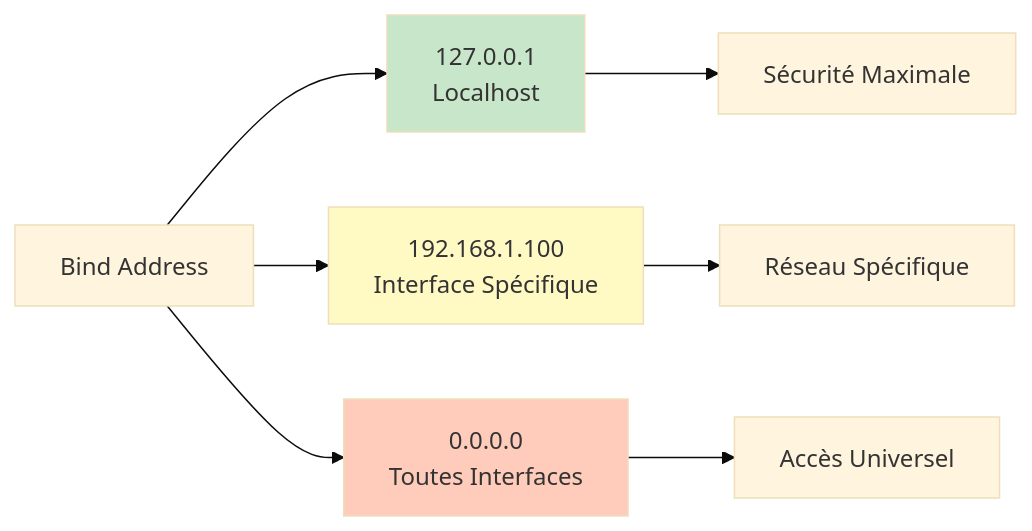
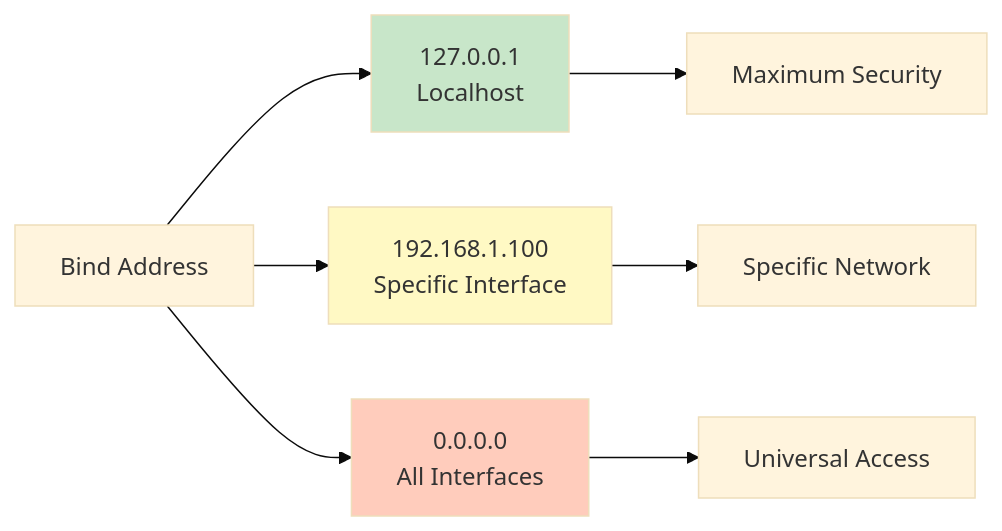
One commit to senhub-io/senhub-agent changed the second of 2 diagrams in docs/user-guide/HTTP-HTTPS-CONFIGURATION.md. Above: the diagram before and after it, drawn with Mermaid (base theme). The commit also changed other lines of this file and 3 other files, not shown here.

````diff
--- a/docs/user-guide/HTTP-HTTPS-CONFIGURATION.md
+++ b/docs/user-guide/HTTP-HTTPS-CONFIGURATION.md
@@ -162,14 +162,14 @@
 ```mermaid
 graph LR
     A[Bind Address] --> B[127.0.0.1<br/>Localhost]
-    A --> C[192.168.1.100<br/>Interface Spécifique]
-    A --> D[0.0.0.0<br/>Toutes Interfaces]
+    A --> C[192.168.1.100<br/>Specific Interface]
+    A --> D[0.0.0.0<br/>All Interfaces]
 
-    B --> B1[Sécurité Maximale]
-    C --> C1[Réseau Spécifique]
-    D --> D1[Accès Universel]
+    B --> B1[Maximum Security]
+    C --> C1[Specific Network]
+    D --> D1[Universal Access]
 
     style B fill:#c8e6c9
     style C fill:#fff9c4
     style D fill:#ffccbc
 ```
````
